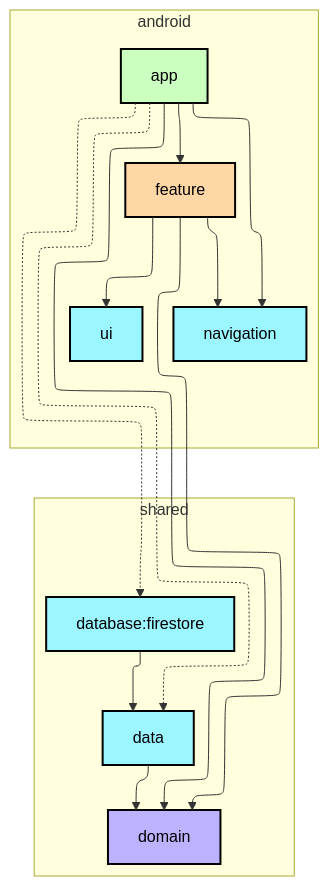
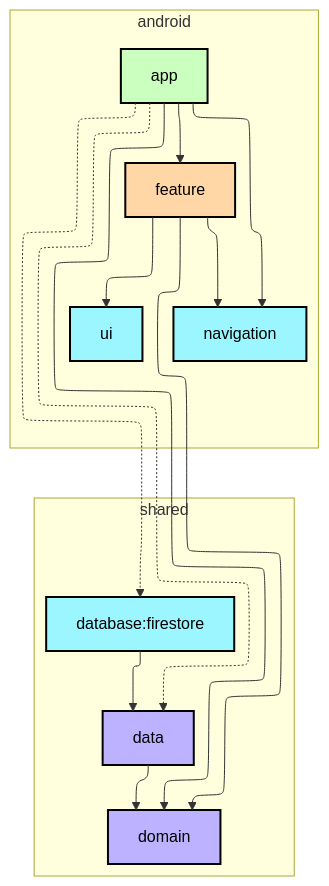
One commit to Kaito-Dogi/smopin changed the diagram in README.md. Above: the diagram before and after it, drawn with Mermaid.

Commit message:
doc: data を jvm モジュールにした

````diff
--- a/README.md
+++ b/README.md
@@ -47,48 +47,48 @@
 ```mermaid
 ---
 config:
   layout: elk
   elk:
     nodePlacementStrategy: SIMPLE
 ---
 graph TB
   subgraph android
     direction TB
     android:app[app]:::android-application
     android:feature[feature]:::android-feature
     android:navigation[navigation]:::android-library
     android:ui[ui]:::android-library
   end
 
   subgraph shared
     direction TB
-    shared:data[data]:::android-library
+    shared:data[data]:::jvm-library
     shared:database:firestore[database:firestore]:::android-library
     shared:domain[domain]:::jvm-library
   end
 
   %% app dependencies
   android:app --> android:feature
   android:app --> android:navigation
   android:app --> shared:domain
   android:app -.-> shared:data
   android:app -.-> shared:database:firestore
 
   %% feature dependencies
   android:feature --> shared:domain
   android:feature --> android:navigation
   android:feature --> android:ui
 
   %% data layer
   shared:data --> shared:domain
 
   %% firestore
   shared:database:firestore --> shared:data
 
 classDef android-application fill:#CAFFBF,stroke:#000,stroke-width:2px,color:#000;
 classDef android-feature fill:#FFD6A5,stroke:#000,stroke-width:2px,color:#000;
 classDef android-library fill:#9BF6FF,stroke:#000,stroke-width:2px,color:#000;
 classDef android-test fill:#A0C4FF,stroke:#000,stroke-width:2px,color:#000;
 classDef jvm-library fill:#BDB2FF,stroke:#000,stroke-width:2px,color:#000;
 classDef unknown fill:#FFADAD,stroke:#000,stroke-width:2px,color:#000;
 ```
````
